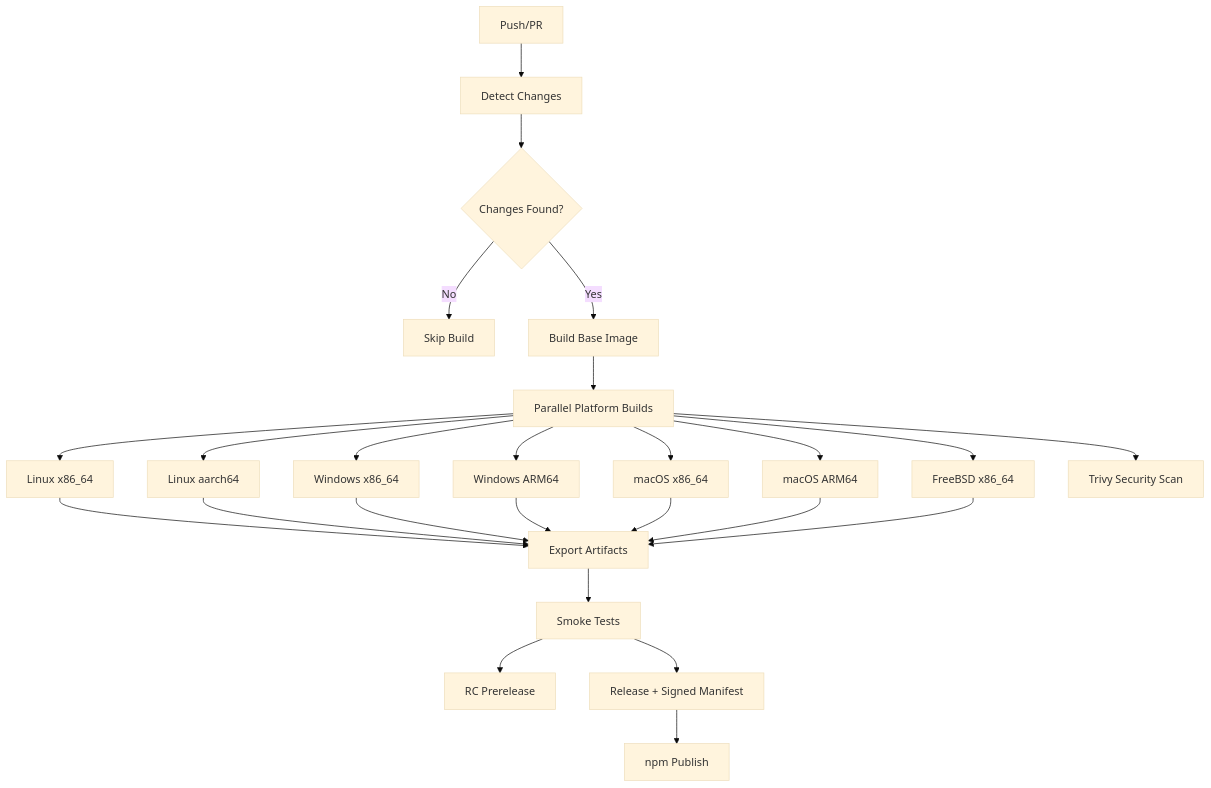
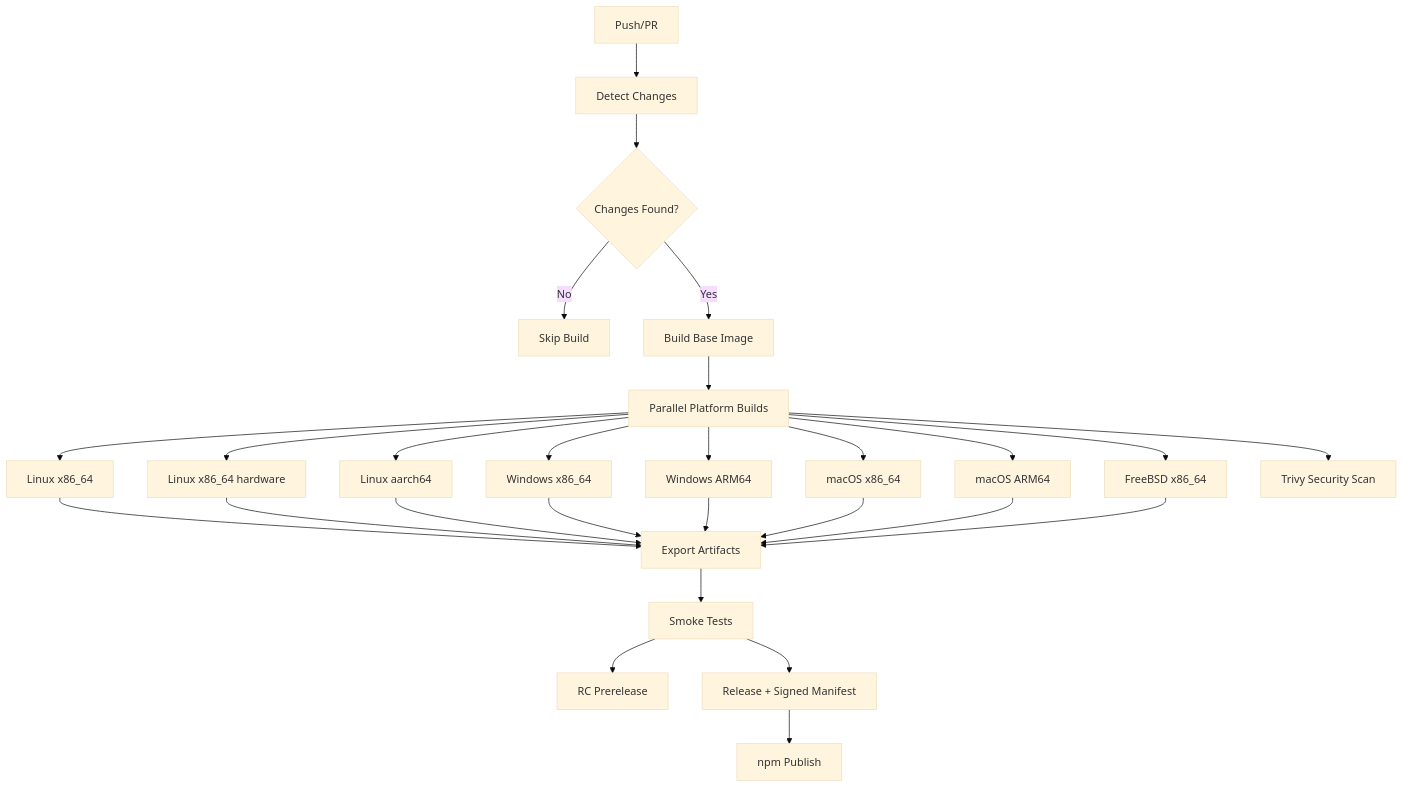
The diagram in README.md (NoMercy-Entertainment/nomercy-ffmpeg), drawn with Mermaid (base theme) before and after one commit. The commit also changed other lines of this file and 117 other files, not shown here.

````diff
--- a/README.md
+++ b/README.md
@@ -97,27 +155,29 @@
 ```mermaid
 graph TD
     A[Push/PR] --> B[Detect Changes]
     B --> C{Changes Found?}
     C -->|No| Z[Skip Build]
     C -->|Yes| D[Build Base Image]
     D --> E[Parallel Platform Builds]
     E --> F[Linux x86_64]
+    E --> F2[Linux x86_64 hardware]
     E --> G[Linux aarch64]
     E --> H[Windows x86_64]
     E --> H2[Windows ARM64]
     E --> I[macOS x86_64]
     E --> J[macOS ARM64]
     E --> K[FreeBSD x86_64]
     F --> L[Export Artifacts]
+    F2 --> L
     G --> L
     H --> L
     H2 --> L
     I --> L
     J --> L
     K --> L
     E --> M[Trivy Security Scan]
     L --> N[Smoke Tests]
     N --> O[RC Prerelease]
     N --> P[Release + Signed Manifest]
     P --> Q[npm Publish]
 ```
````
